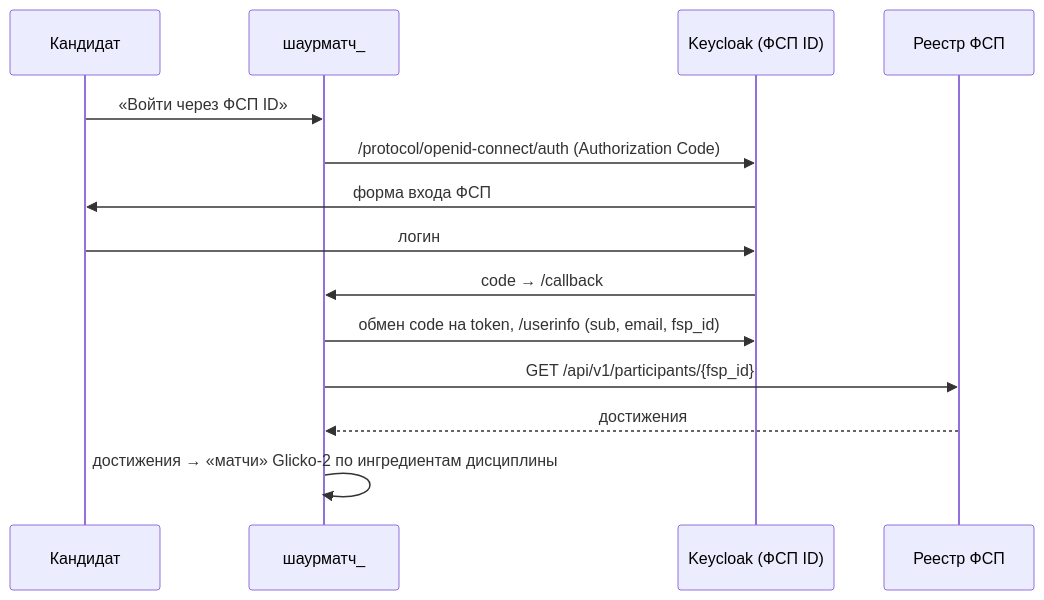
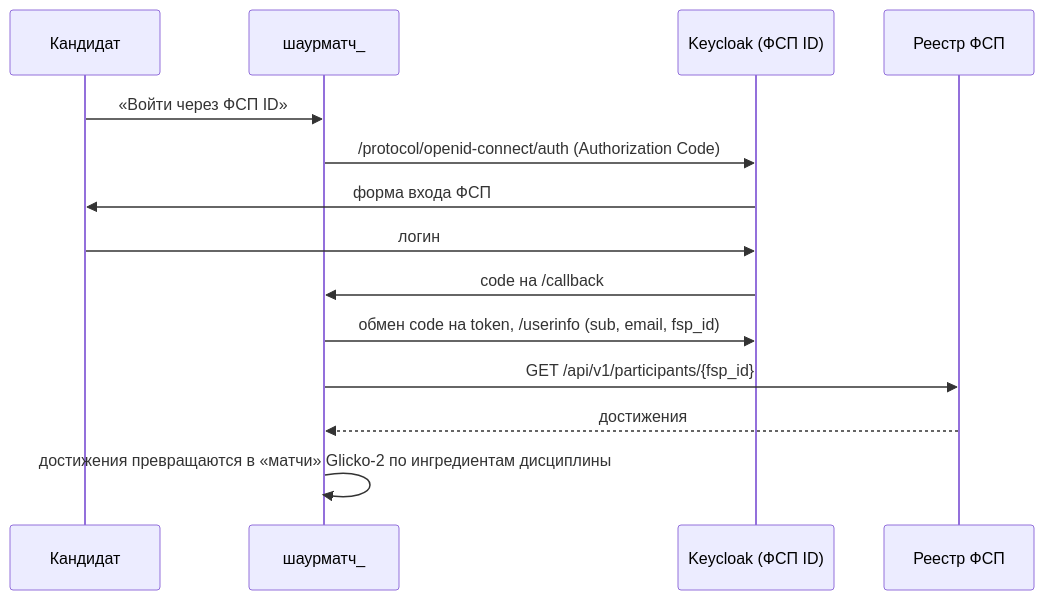
One commit to IvanDer77/Shaurma changed the diagram in docs/ИНТЕГРАЦИЯ ФСП.md. Above: the diagram before and after it, drawn with Mermaid. The commit also changed other lines of this file and 9 other files, not shown here.

````diff
--- a/docs/ИНТЕГРАЦИЯ ФСП.md
+++ b/docs/ИНТЕГРАЦИЯ ФСП.md
@@ -6,16 +6,16 @@
 ```mermaid
 sequenceDiagram
   participant K as Кандидат
   participant P as шаурматч_
   participant KC as Keycloak (ФСП ID)
   participant R as Реестр ФСП
   K->>P: «Войти через ФСП ID»
   P->>KC: /protocol/openid-connect/auth (Authorization Code)
   KC->>K: форма входа ФСП
   K->>KC: логин
-  KC->>P: code → /callback
+  KC->>P: code на /callback
   P->>KC: обмен code на token, /userinfo (sub, email, fsp_id)
   P->>R: GET /api/v1/participants/{fsp_id}
   R-->>P: достижения
-  P->>P: достижения → «матчи» Glicko-2 по ингредиентам дисциплины
+  P->>P: достижения превращаются в «матчи» Glicko-2 по ингредиентам дисциплины
 ```
````
